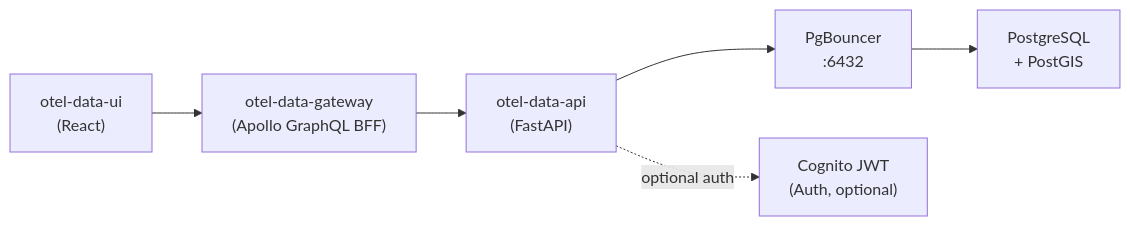
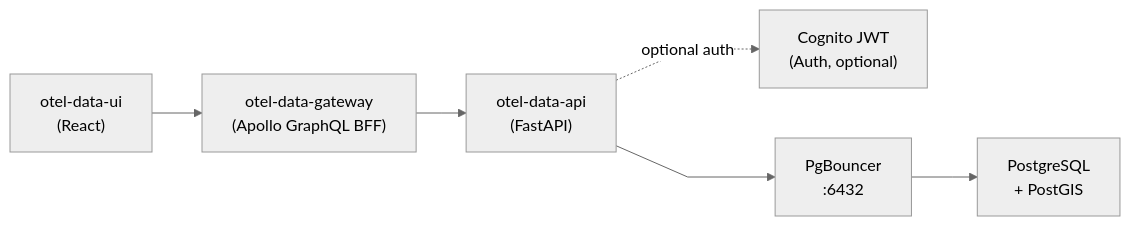
One commit to stuartshay/otel-data-api changed the diagram in README.md. Above: the diagram before and after it, drawn with Mermaid.

Commit message:
docs: hide mermaid toolbar on GitHub (#29)
* docs: hide mermaid toolbar on GitHub

* docs: fix mermaid architecture diagram obscured by GitHub toolbar (#30)

* Initial plan

* docs: switch architecture diagram to TD layout to avoid toolbar overlap

* docs: revert to flowchart LR, move cognito edge first to shift it to top-right

---------

---------

````diff
--- a/README.md
+++ b/README.md
@@ -16,8 +16,9 @@
 ```mermaid
+%%{init: {"theme": "neutral", "flowchart": {"curve": "linear"}}}%%
 flowchart LR
-    ui["otel-data-ui<br/> (React)"] --> gateway["otel-data-gateway<br/> (Apollo GraphQL BFF)"]
-    gateway --> api["otel-data-api<br/> (FastAPI)"]
+    ui["otel-data-ui<br/>(React)"] --> gateway["otel-data-gateway<br/>(Apollo GraphQL BFF)"]
+    gateway --> api["otel-data-api<br/>(FastAPI)"]
+    api -.->|optional auth| cognito["Cognito JWT<br/>(Auth, optional)"]
     api --> pool["PgBouncer<br/>:6432"]
-    pool --> db["PostgreSQL<br/> + PostGIS"]
-    api -.->|optional auth| cognito["Cognito JWT<br/>(Auth, optional)"]
+    pool --> db["PostgreSQL<br/>+ PostGIS"]
 ```
````
